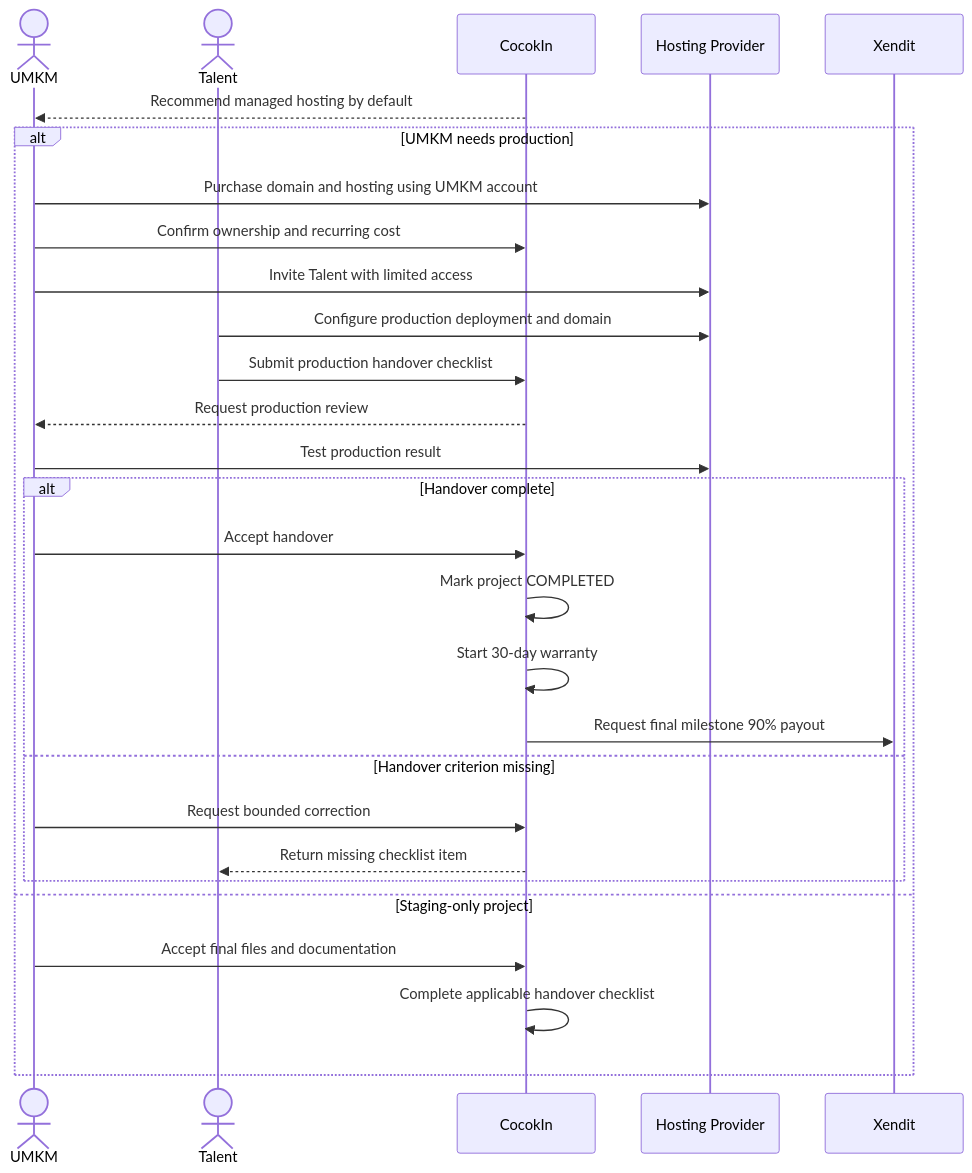
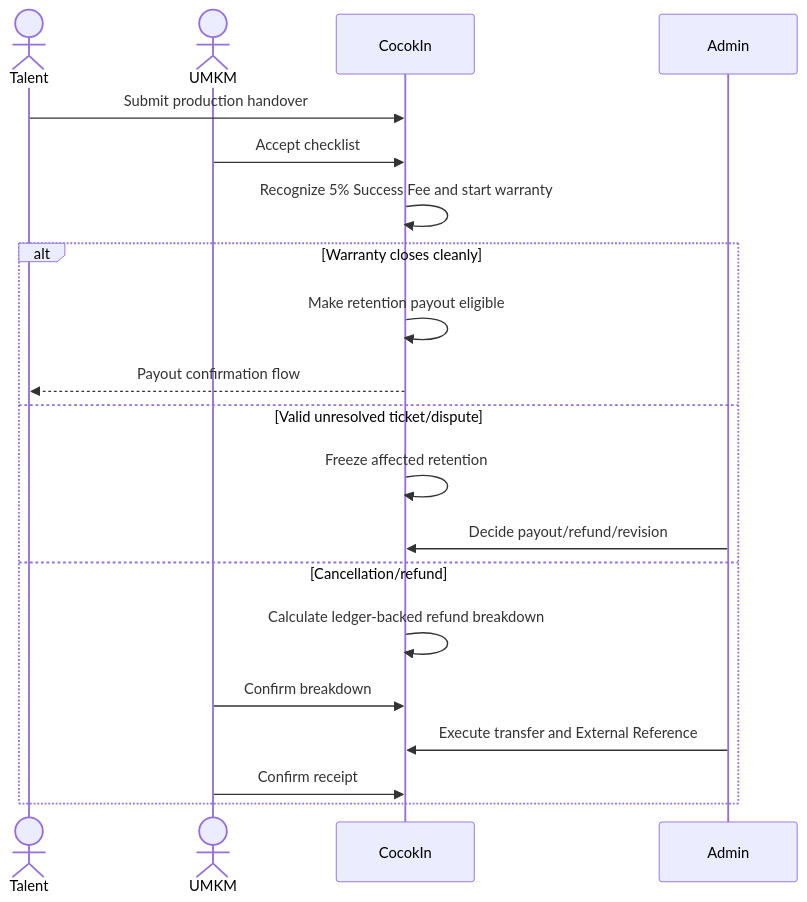
Before and after one commit to jajakiman/CocokIn: the sixth of 6 diagrams in docs/BUSINESS_FLOW.md, drawn with Mermaid. The commit also changed other lines of this file and 106 other files, not shown here.

````diff
--- a/docs/BUSINESS_FLOW.md
+++ b/docs/BUSINESS_FLOW.md
@@ -166,32 +123,22 @@
 ```mermaid
 sequenceDiagram
-    actor U as UMKM
-    actor T as Talent
-    participant C as CocokIn
-    participant H as Hosting Provider
-    participant X as Xendit
-
-    C-->>U: Recommend managed hosting by default
-    alt UMKM needs production
-        U->>H: Purchase domain and hosting using UMKM account
-        U->>C: Confirm ownership and recurring cost
-        U->>H: Invite Talent with limited access
-        T->>H: Configure production deployment and domain
-        T->>C: Submit production handover checklist
-        C-->>U: Request production review
-        U->>H: Test production result
-
-        alt Handover complete
-            U->>C: Accept handover
-            C->>C: Mark project COMPLETED
-            C->>C: Start 30-day warranty
-            C->>X: Request final milestone 90% payout
-        else Handover criterion missing
-            U->>C: Request bounded correction
-            C-->>T: Return missing checklist item
-        end
-    else Staging-only project
-        U->>C: Accept final files and documentation
-        C->>C: Complete applicable handover checklist
-    end
+  actor T as Talent
+  actor U as UMKM
+  participant C as CocokIn
+  participant A as Admin
+  T->>C: Submit production handover
+  U->>C: Accept checklist
+  C->>C: Recognize 5% Success Fee and start warranty
+  alt Warranty closes cleanly
+    C->>C: Make retention payout eligible
+    C-->>T: Payout confirmation flow
+  else Valid unresolved ticket/dispute
+    C->>C: Freeze affected retention
+    A->>C: Decide payout/refund/revision
+  else Cancellation/refund
+    C->>C: Calculate ledger-backed refund breakdown
+    U->>C: Confirm breakdown
+    A->>C: Execute transfer and External Reference
+    U->>C: Confirm receipt
+  end
 ```
````
